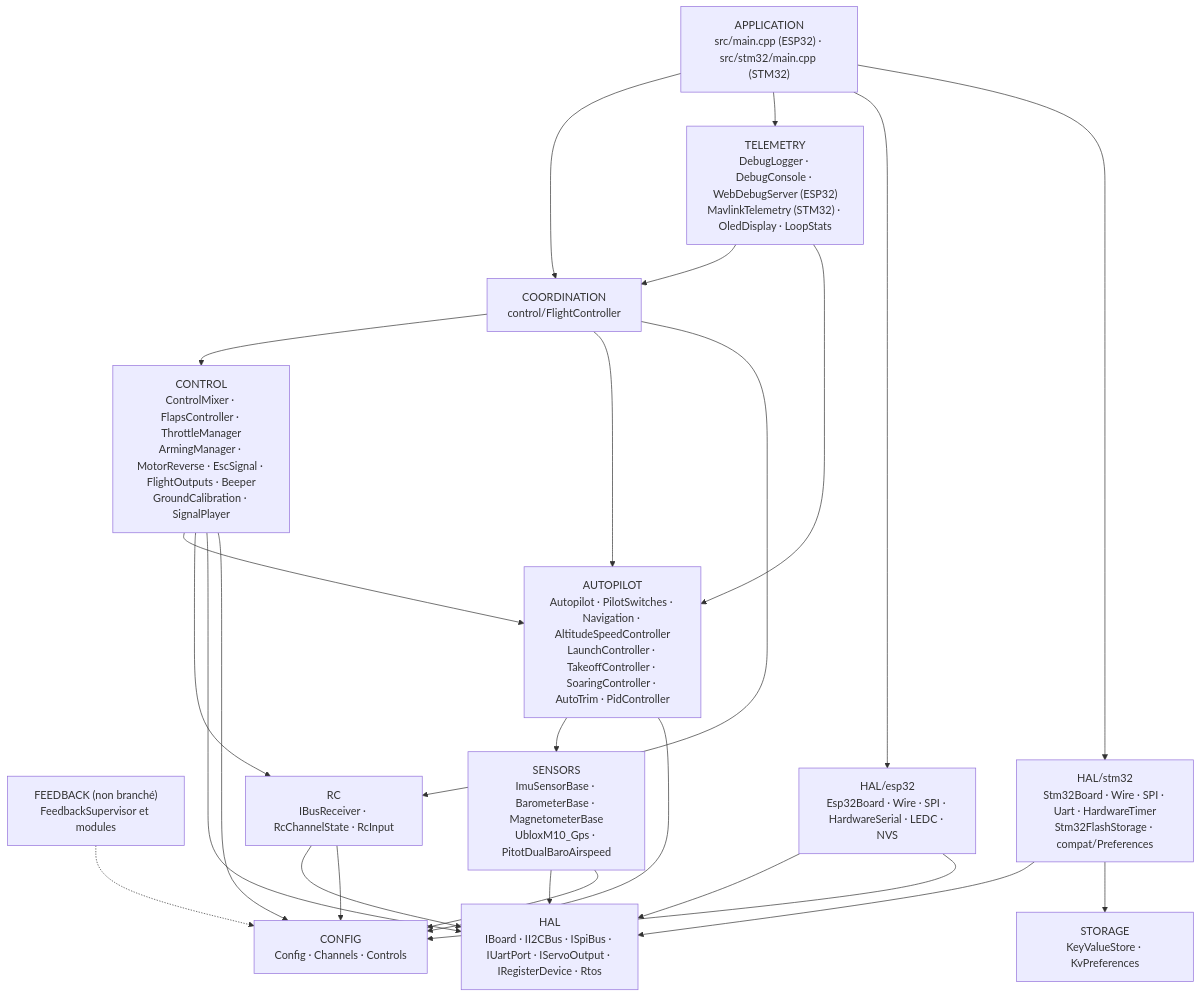
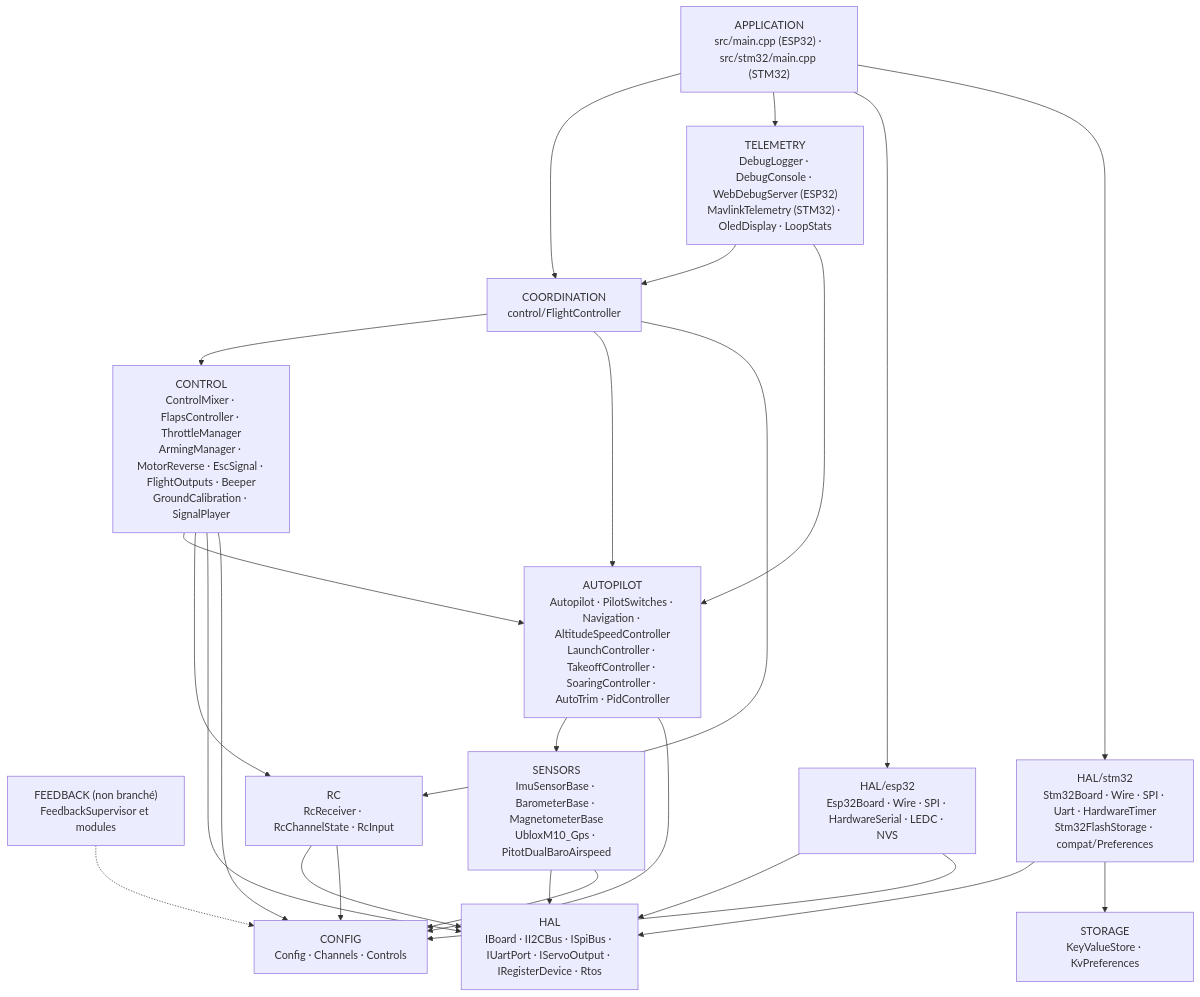
The first of 12 diagrams in docs/i18n/fr/ARCHITECTURE.md (damir-lebedev/OpenPlaneProject), drawn with Mermaid before and after one commit. The commit also changed other lines of this file and 219 other files, not shown here.

````diff
--- a/docs/i18n/fr/ARCHITECTURE.md
+++ b/docs/i18n/fr/ARCHITECTURE.md
@@ -56,41 +56,41 @@
 ```mermaid
 flowchart TD
     APP["APPLICATION<br/>src/main.cpp (ESP32) · src/stm32/main.cpp (STM32)"]
     COORD["COORDINATION<br/>control/FlightController"]
     TELE["TELEMETRY<br/>DebugLogger · DebugConsole · WebDebugServer (ESP32)<br/>MavlinkTelemetry (STM32) · OledDisplay · LoopStats"]
     CTRL["CONTROL<br/>ControlMixer · FlapsController · ThrottleManager<br/>ArmingManager · MotorReverse · EscSignal · FlightOutputs · Beeper<br/>GroundCalibration · SignalPlayer"]
     AP["AUTOPILOT<br/>Autopilot · PilotSwitches · Navigation · AltitudeSpeedController<br/>LaunchController · TakeoffController · SoaringController · AutoTrim · PidController"]
     FB["FEEDBACK (non branché)<br/>FeedbackSupervisor et modules"]
-    RC["RC<br/>IBusReceiver · RcChannelState · RcInput"]
+    RC["RC<br/>RcReceiver · RcChannelState · RcInput"]
     SENS["SENSORS<br/>ImuSensorBase · BarometerBase · MagnetometerBase<br/>UbloxM10_Gps · PitotDualBaroAirspeed"]
     HAL["HAL<br/>IBoard · II2CBus · ISpiBus · IUartPort · IServoOutput · IRegisterDevice · Rtos"]
     STORE["STORAGE<br/>KeyValueStore · KvPreferences"]
     ESP["HAL/esp32<br/>Esp32Board · Wire · SPI · HardwareSerial · LEDC · NVS"]
     STM["HAL/stm32<br/>Stm32Board · Wire · SPI · Uart · HardwareTimer<br/>Stm32FlashStorage · compat/Preferences"]
     CFG["CONFIG<br/>Config · Channels · Controls"]
 
     APP --> COORD
     APP --> TELE
     APP --> ESP
     APP --> STM
     TELE --> COORD
     TELE --> AP
     COORD --> CTRL
     COORD --> AP
     COORD --> RC
     CTRL --> AP
     CTRL --> RC
     CTRL --> HAL
     AP --> SENS
     RC --> HAL
     SENS --> HAL
     ESP --> HAL
     STM --> HAL
     STM --> STORE
     FB -.-> CFG
     AP --> CFG
     CTRL --> CFG
     RC --> CFG
     SENS --> CFG
     ESP --> CFG
 ```
````
